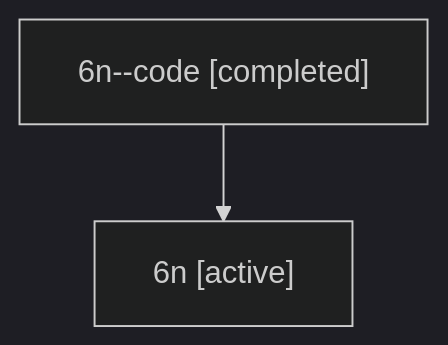
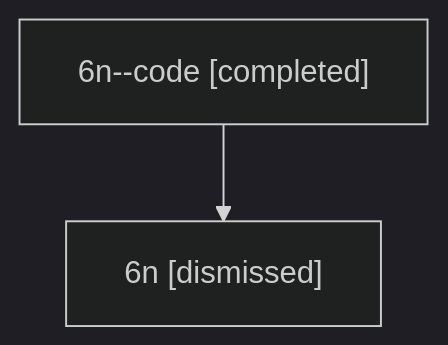
The diagram in sessions/bbugyi200.athena.6n.md (sase-org/sase--agents), drawn with Mermaid (dark theme) before and after one commit. The commit also changed other lines of this file and 25 other files, not shown here.

````diff
--- a/sessions/bbugyi200.athena.6n.md
+++ b/sessions/bbugyi200.athena.6n.md
@@ -9,6 +9,6 @@
 ```mermaid
 flowchart TD
   n0["6n--code [completed]"]
-  n1["6n [active]"]
+  n1["6n [dismissed]"]
   n0 --> n1
 ```
````
